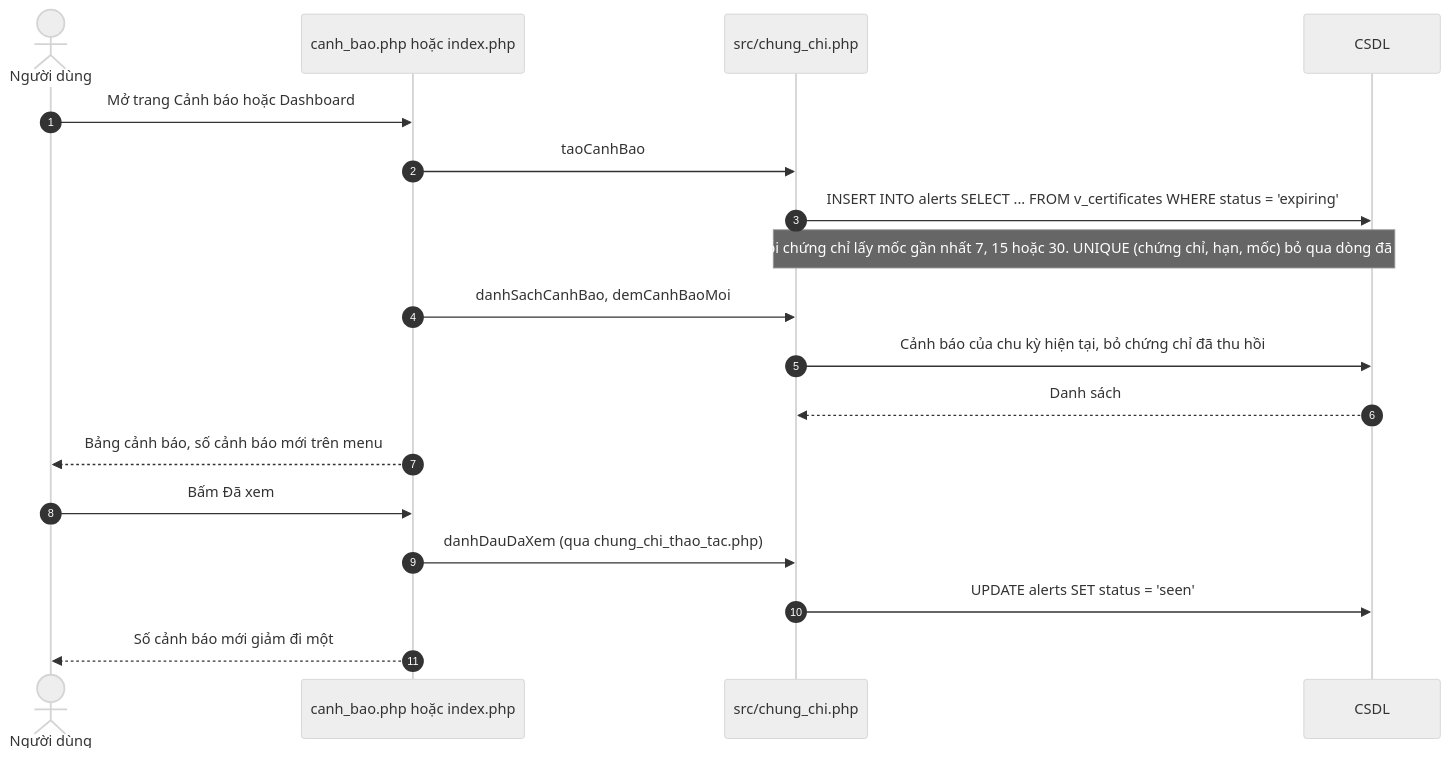
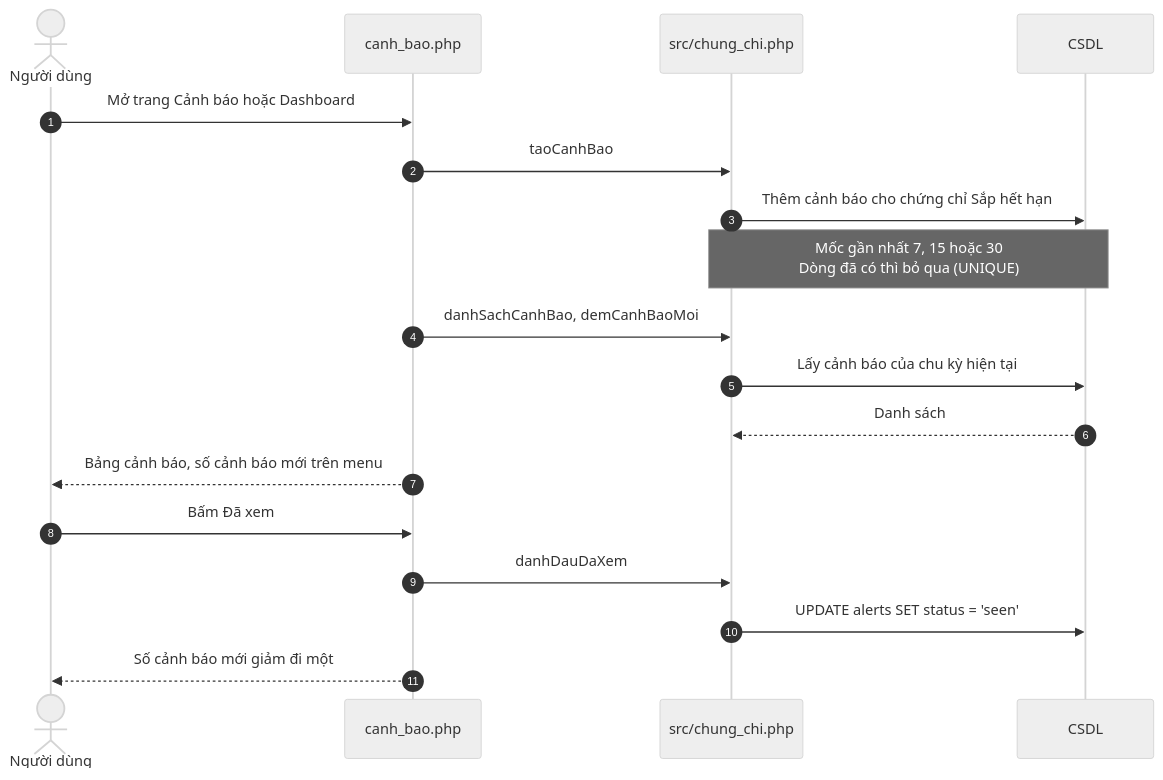
The fourth of 4 diagrams in docs/USECASE.md (sakuralegend/cipher), drawn with Mermaid (neutral theme) before and after one commit. The commit also changed other lines of this file and 1 other file, not shown here.

````diff
--- a/docs/USECASE.md
+++ b/docs/USECASE.md
@@ -592,20 +595,20 @@
 ```mermaid
 sequenceDiagram
     autonumber
     actor ND as Người dùng
-    participant T as canh_bao.php hoặc index.php
+    participant T as canh_bao.php
     participant CC as src/chung_chi.php
     participant DB as CSDL
     ND->>T: Mở trang Cảnh báo hoặc Dashboard
     T->>CC: taoCanhBao
-    CC->>DB: INSERT INTO alerts SELECT ... FROM v_certificates WHERE status = 'expiring'
-    Note over CC,DB: Mỗi chứng chỉ lấy mốc gần nhất 7, 15 hoặc 30. UNIQUE (chứng chỉ, hạn, mốc) bỏ qua dòng đã có.
+    CC->>DB: Thêm cảnh báo cho chứng chỉ Sắp hết hạn
+    Note over CC,DB: Mốc gần nhất 7, 15 hoặc 30<br/>Dòng đã có thì bỏ qua (UNIQUE)
     T->>CC: danhSachCanhBao, demCanhBaoMoi
-    CC->>DB: Cảnh báo của chu kỳ hiện tại, bỏ chứng chỉ đã thu hồi
+    CC->>DB: Lấy cảnh báo của chu kỳ hiện tại
     DB-->>CC: Danh sách
     T-->>ND: Bảng cảnh báo, số cảnh báo mới trên menu
     ND->>T: Bấm Đã xem
-    T->>CC: danhDauDaXem (qua chung_chi_thao_tac.php)
+    T->>CC: danhDauDaXem
     CC->>DB: UPDATE alerts SET status = 'seen'
     T-->>ND: Số cảnh báo mới giảm đi một
 ```
````
